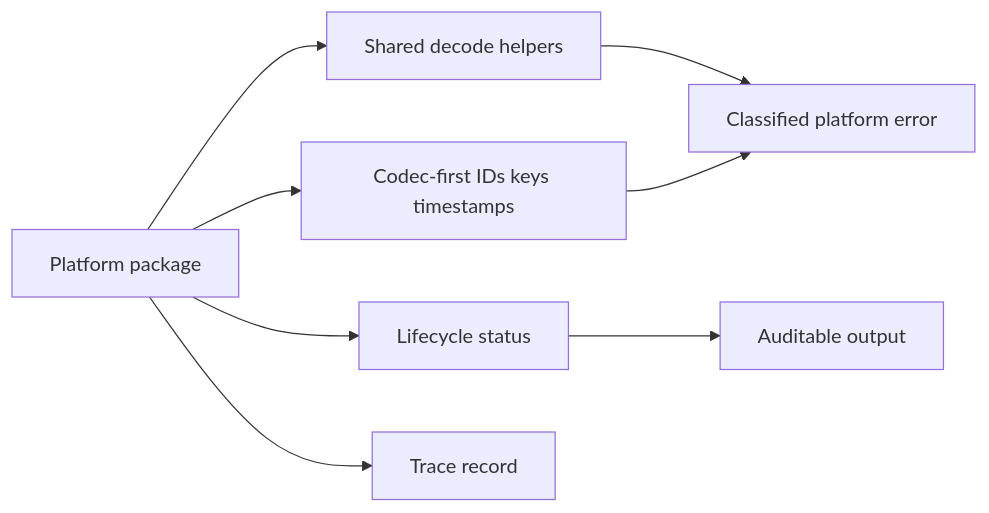
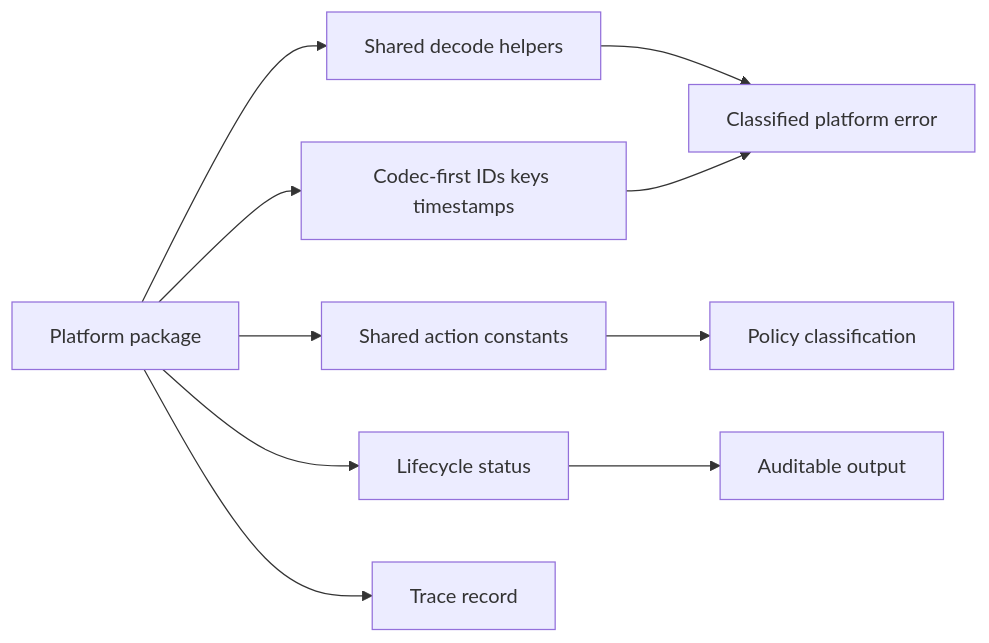
One commit to VannaDii/ironloom changed the diagram in packages/core/README.md. Above: the diagram before and after it, drawn with Mermaid. The commit also changed other lines of this file and 99 other files, not shown here.

````diff
--- a/packages/core/README.md
+++ b/packages/core/README.md
@@ -11,10 +15,12 @@
 ```mermaid
 flowchart LR
   Package[Platform package] --> Decode[Shared decode helpers]
   Package --> Values[Codec-first IDs keys timestamps]
+  Package --> Actions[Shared action constants]
   Package --> Status[Lifecycle status]
   Package --> Trace[Trace record]
   Decode --> Error[Classified platform error]
   Values --> Error
+  Actions --> Policy[Policy classification]
   Status --> Artifact[Auditable output]
 ```
````
